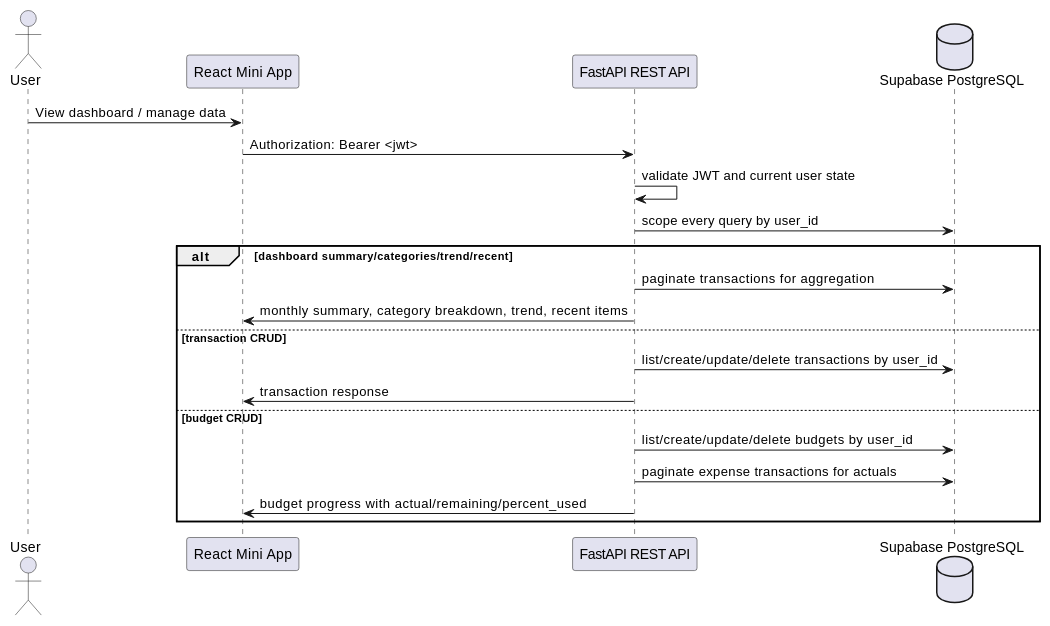
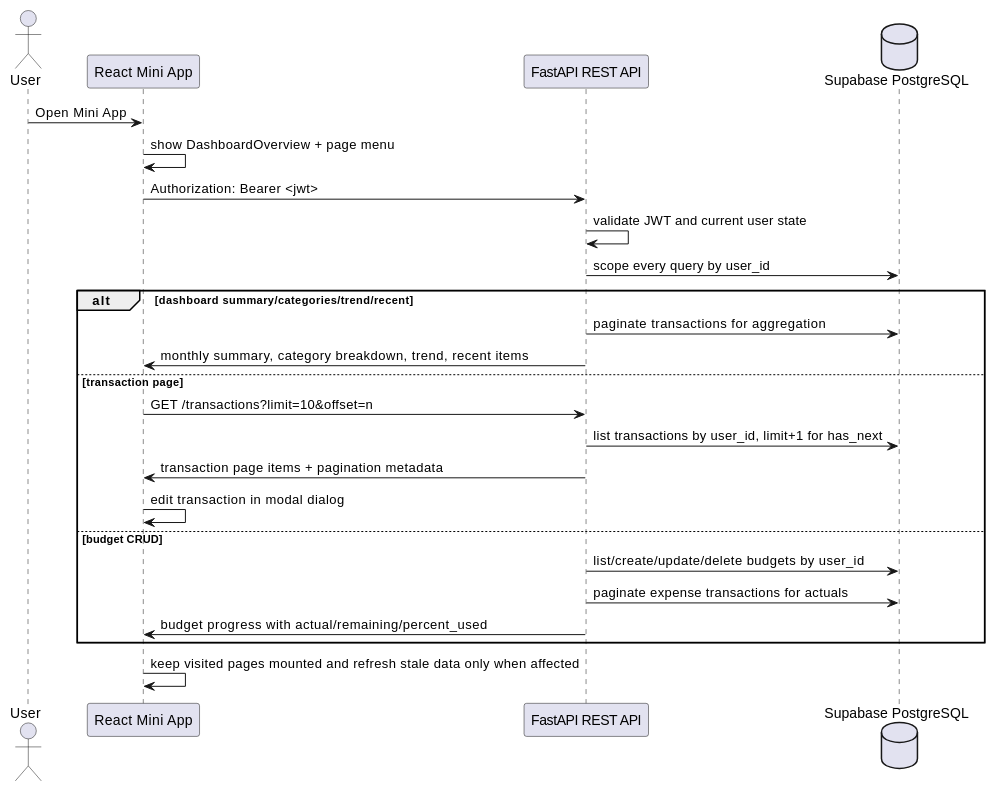
Before and after one commit to abdtirtayasa24/ai-expense-telegram: the ninth of 13 diagrams in docs/ARCHITECTURE.md, drawn with PlantUML. The commit also changed other lines of this file and 15 other files, not shown here.

Commit message:
feat: add mini app page navigation

````diff
--- a/docs/ARCHITECTURE.md
+++ b/docs/ARCHITECTURE.md
@@ -314,25 +314,30 @@
 ```plantuml
 @startuml
 actor User
 participant "React Mini App" as App
 participant "FastAPI REST API" as API
 database "Supabase PostgreSQL" as DB
 
-User -> App : View dashboard / manage data
+User -> App : Open Mini App
+App -> App : show DashboardOverview + page menu
 App -> API : Authorization: Bearer <jwt>
 API -> API : validate JWT and current user state
 API -> DB : scope every query by user_id
 
 alt dashboard summary/categories/trend/recent
   API -> DB : paginate transactions for aggregation
   API -> App : monthly summary, category breakdown, trend, recent items
-else transaction CRUD
-  API -> DB : list/create/update/delete transactions by user_id
-  API -> App : transaction response
+else transaction page
+  App -> API : GET /transactions?limit=10&offset=n
+  API -> DB : list transactions by user_id, limit+1 for has_next
+  API -> App : transaction page items + pagination metadata
+  App -> App : edit transaction in modal dialog
 else budget CRUD
   API -> DB : list/create/update/delete budgets by user_id
   API -> DB : paginate expense transactions for actuals
   API -> App : budget progress with actual/remaining/percent_used
 end
+
+App -> App : keep visited pages mounted and refresh stale data only when affected
 @enduml
 ```
````
